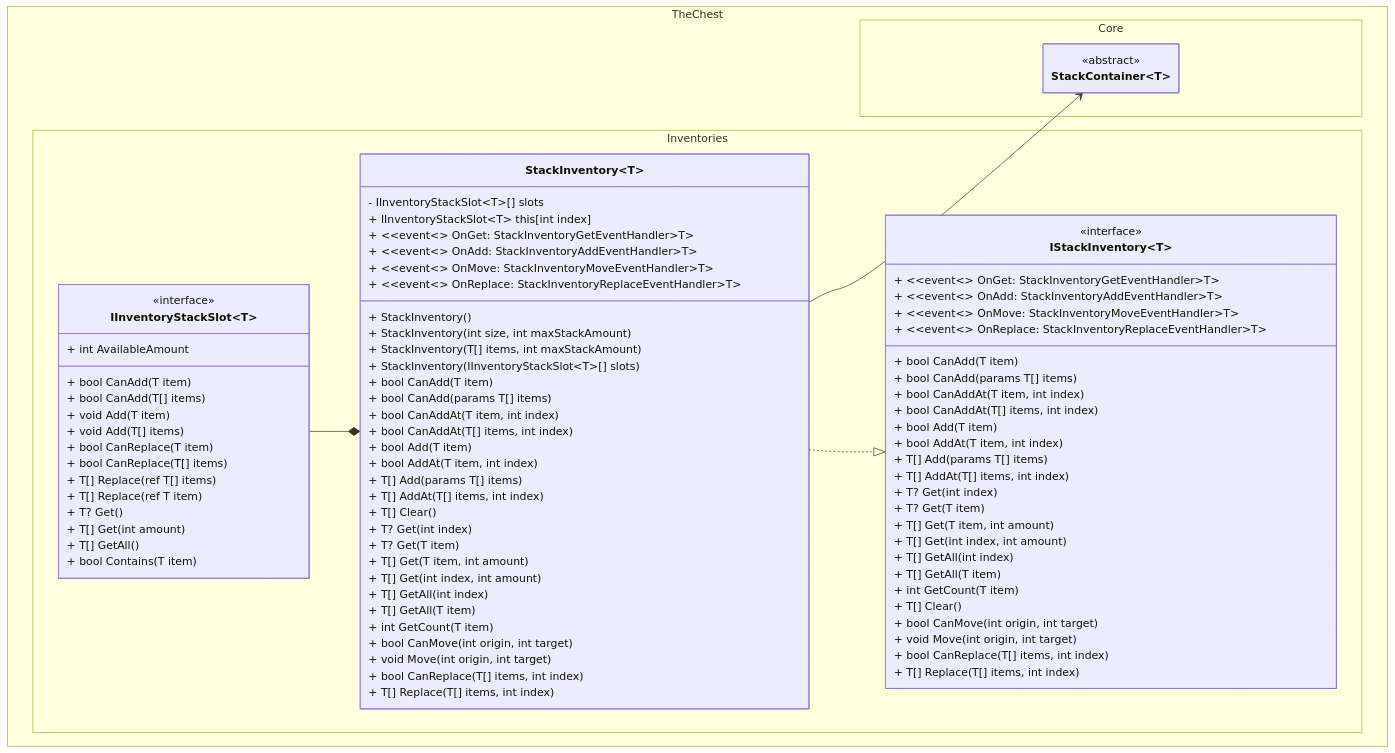
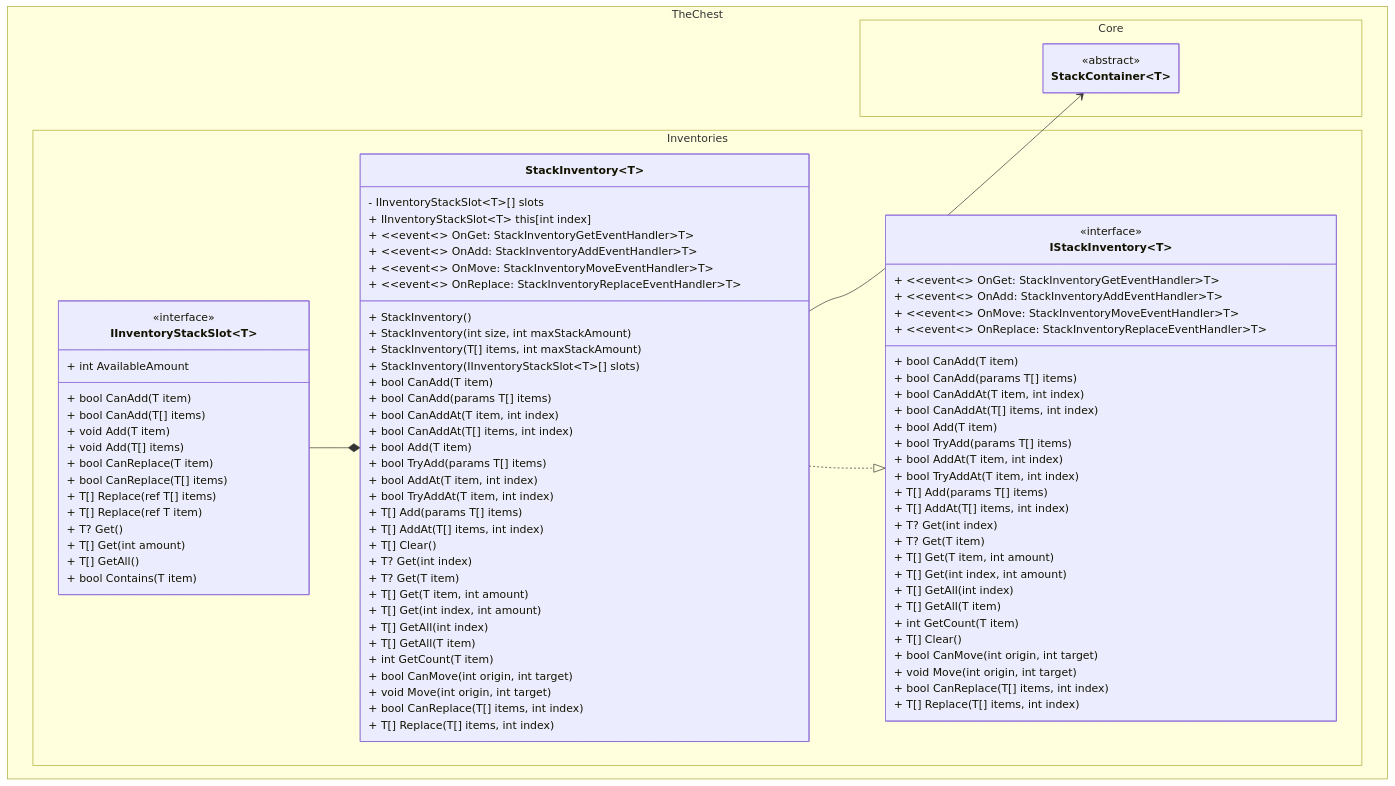
Before and after one commit to The-Chest/TheChest.Inventories: the first of 2 diagrams in docs/stack_inventory/class_diagram.md, drawn with Mermaid.

Commit message:
Update stack inventory class diagram with TryAdd methods

```diff
--- a/docs/stack_inventory/class_diagram.md
+++ b/docs/stack_inventory/class_diagram.md
@@ -37,7 +37,9 @@
 	        + bool CanAddAt(T[] items, int index)
 
             + bool Add(T item)
+            + bool TryAdd(params T[] items)
             + bool AddAt(T item, int index)
+            + bool TryAddAt(T item, int index)
             + T[] Add(params T[] items)
             + T[] AddAt(T[] items, int index)
 
@@ -90,7 +92,9 @@
 	        + bool CanAddAt(T[] items, int index)
 
             + bool Add(T item)
+            + bool TryAdd(params T[] items)
             + bool AddAt(T item, int index)
+            + bool TryAddAt(T item, int index)
             + T[] Add(params T[] items)
             + T[] AddAt(T[] items, int index)
 
```
